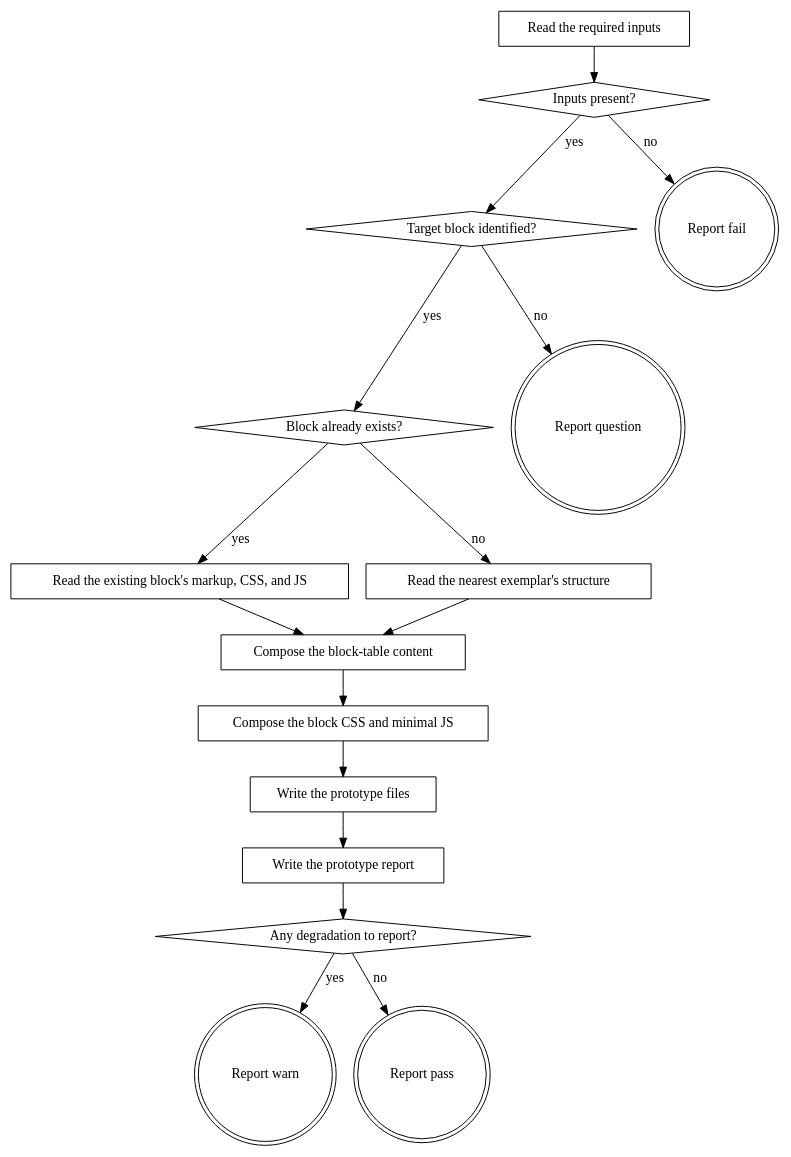
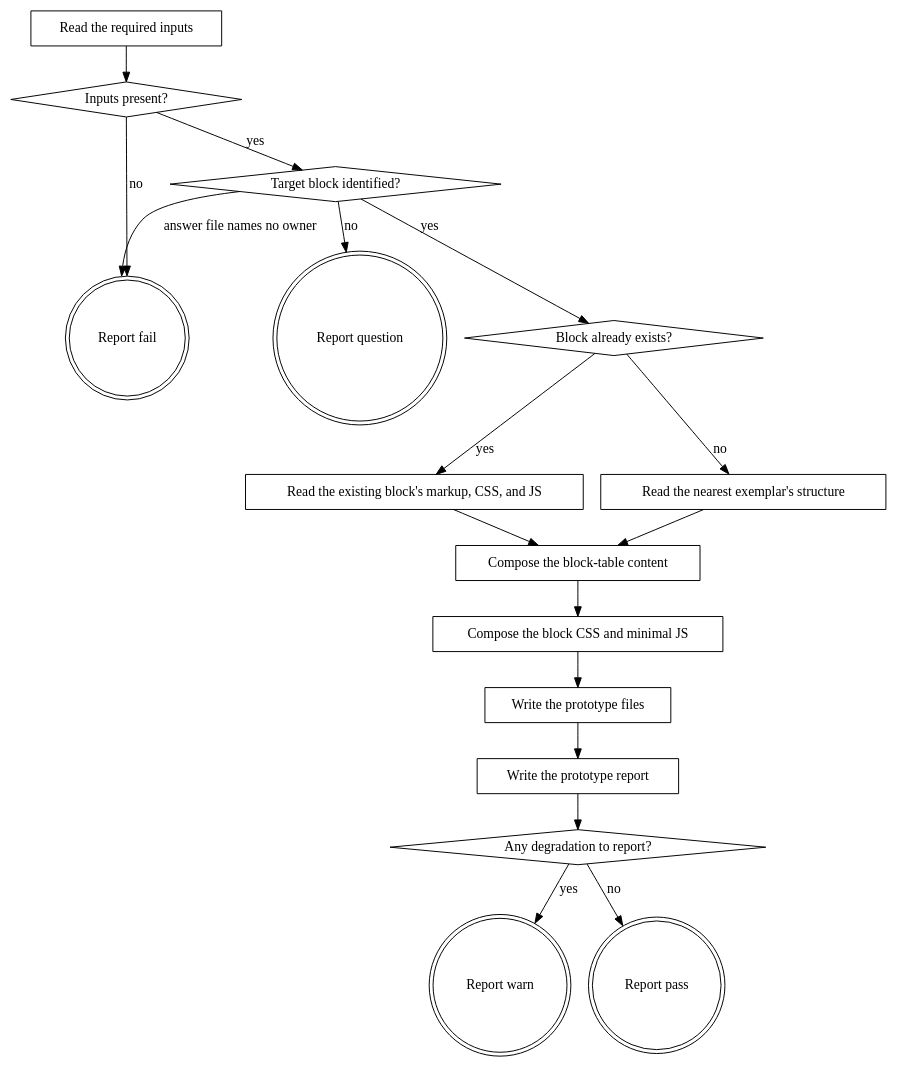
Before and after one commit to agenticDraft/aem-eds-ai-workflow-demo: the diagram in plugins/eds/skills/eds-prototype/SKILL.md, drawn with Graphviz. The commit also changed other lines of this file and 10 other files, not shown here.

````diff
--- a/plugins/eds/skills/eds-prototype/SKILL.md
+++ b/plugins/eds/skills/eds-prototype/SKILL.md
@@ -40,35 +42,36 @@
 ```dot
 digraph eds_prototype {
     "Read the required inputs" [shape=box];
     "Inputs present?" [shape=diamond];
     "Target block identified?" [shape=diamond];
     "Block already exists?" [shape=diamond];
     "Read the existing block's markup, CSS, and JS" [shape=box];
     "Read the nearest exemplar's structure" [shape=box];
     "Compose the block-table content" [shape=box];
     "Compose the block CSS and minimal JS" [shape=box];
     "Write the prototype files" [shape=box];
     "Write the prototype report" [shape=box];
     "Any degradation to report?" [shape=diamond];
     "Report fail" [shape=doublecircle];
     "Report question" [shape=doublecircle];
     "Report warn" [shape=doublecircle];
     "Report pass" [shape=doublecircle];
 
     "Read the required inputs" -> "Inputs present?";
     "Inputs present?" -> "Target block identified?" [label="yes"];
     "Inputs present?" -> "Report fail" [label="no"];
     "Target block identified?" -> "Block already exists?" [label="yes"];
     "Target block identified?" -> "Report question" [label="no"];
+    "Target block identified?" -> "Report fail" [label="answer file names no owner"];
     "Block already exists?" -> "Read the existing block's markup, CSS, and JS" [label="yes"];
     "Block already exists?" -> "Read the nearest exemplar's structure" [label="no"];
     "Read the existing block's markup, CSS, and JS" -> "Compose the block-table content";
     "Read the nearest exemplar's structure" -> "Compose the block-table content";
     "Compose the block-table content" -> "Compose the block CSS and minimal JS";
     "Compose the block CSS and minimal JS" -> "Write the prototype files";
     "Write the prototype files" -> "Write the prototype report";
     "Write the prototype report" -> "Any degradation to report?";
     "Any degradation to report?" -> "Report warn" [label="yes"];
     "Any degradation to report?" -> "Report pass" [label="no"];
 }
 ```
````
